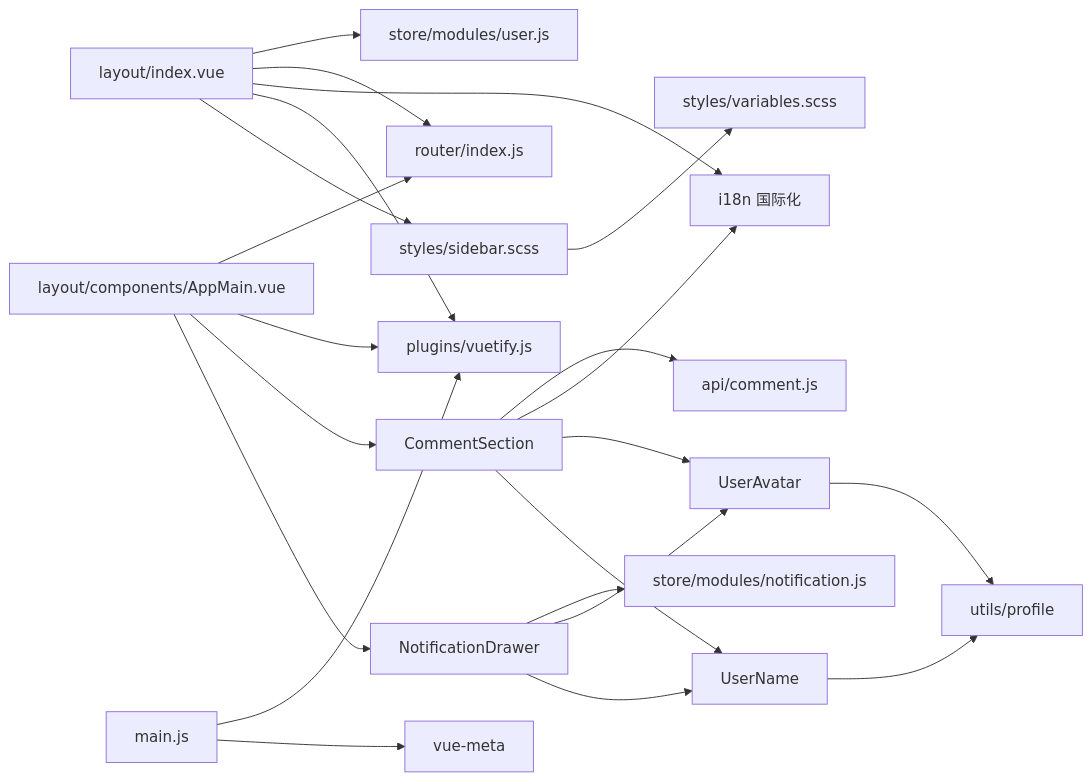
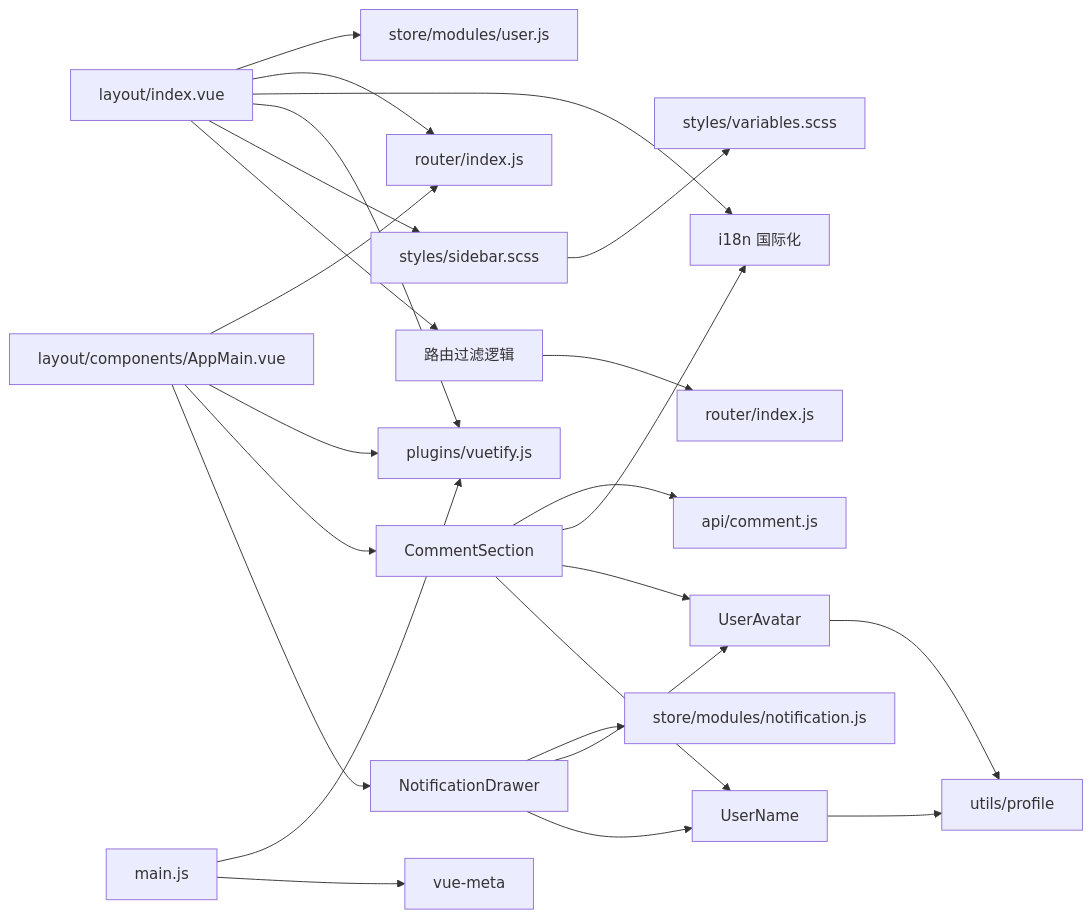
One commit to TinyMaD/SpeedRunnersLab changed the fourth of 4 diagrams in .qoder/repowiki/zh/content/前端应用/组件架构/布局组件.md. Above: the diagram before and after it, drawn with Mermaid. The commit also changed other lines of this file and 33 other files, not shown here.

````diff
--- a/.qoder/repowiki/zh/content/前端应用/组件架构/布局组件.md
+++ b/.qoder/repowiki/zh/content/前端应用/组件架构/布局组件.md
@@ -603,24 +645,26 @@
 ```mermaid
 graph LR
 L["layout/index.vue"] --> S["store/modules/user.js"]
 L --> R["router/index.js"]
 L --> I18N["i18n 国际化"]
 L --> V["plugins/vuetify.js"]
 AM["layout/components/AppMain.vue"] --> R
 AM --> V
 AM --> COMMENT["CommentSection"]
 AM --> NOTI["NotificationDrawer"]
 NOTI --> NOTIMOD["store/modules/notification.js"]
 COMMENT --> API["api/comment.js"]
 COMMENT --> I18N
 COMMENT --> USERAVATAR["UserAvatar"]
 COMMENT --> USERNAME["UserName"]
 USERAVATAR --> PROFILE["utils/profile"]
 USERNAME --> PROFILE
 NOTI --> USERAVATAR
 NOTI --> USERNAME
 MAIN["main.js"] --> V
 MAIN --> META["vue-meta"]
 L --> CSS["styles/sidebar.scss"]
 CSS --> VAR["styles/variables.scss"]
+L --> ROUTE_FILTER["路由过滤逻辑"]
+ROUTE_FILTER --> ROUTER["router/index.js"]
 ```
````
